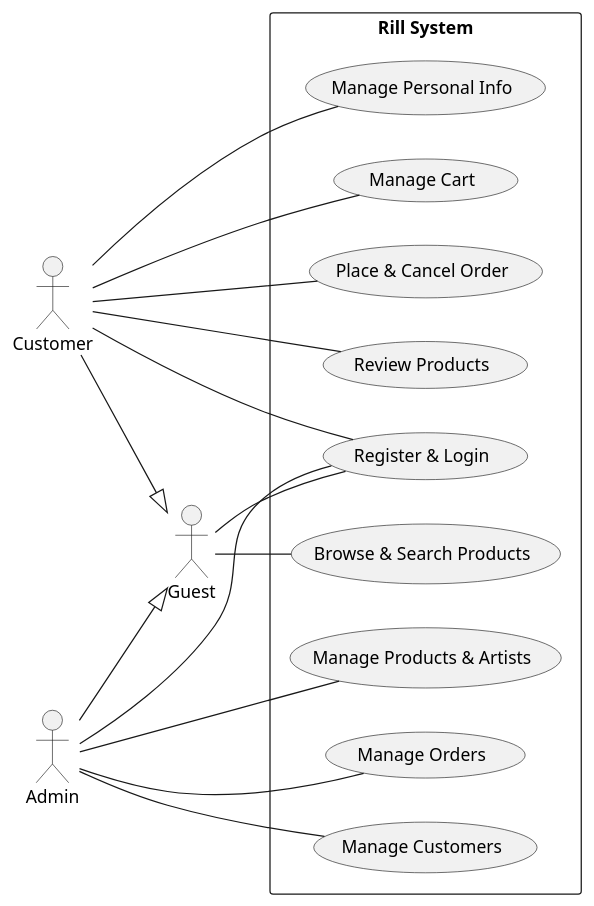
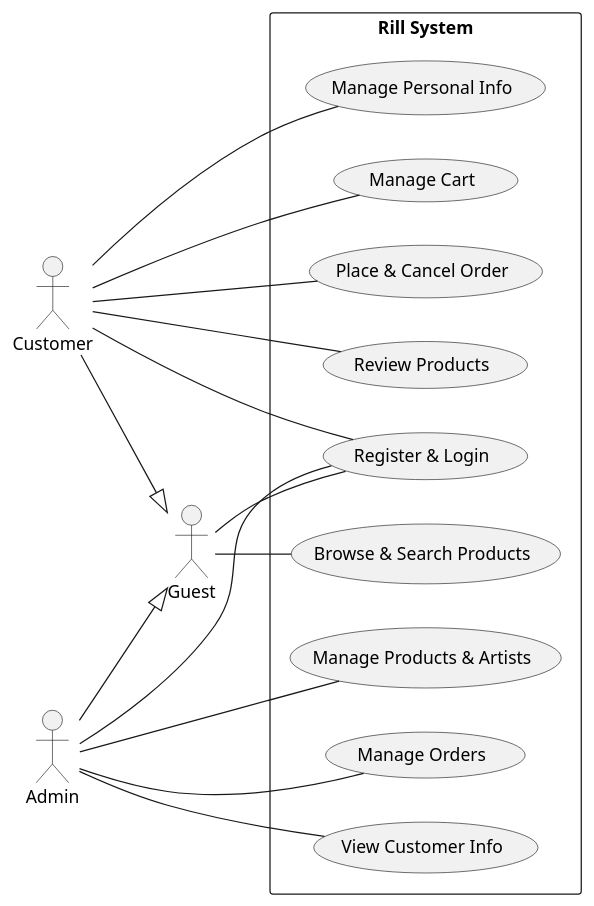
Before and after one commit to mttk2004/rill-system: the diagram in use-case/uc-0.puml, drawn with PlantUML. The commit also changed 9 other files, not shown here.

Commit message:
refactor: refine all diagrams

```diff
--- a/use-case/uc-0.puml
+++ b/use-case/uc-0.puml
@@ -1,41 +1,41 @@
 @startuml
 left to right direction
 
 actor Guest
 actor Customer
 actor Admin
 
 rectangle "Rill System" {
   usecase "Register & Login" as UC_Auth
   usecase "Manage Personal Info" as UC_Profile
   usecase "Browse & Search Products" as UC_Browse
   usecase "Manage Cart" as UC_Cart
   usecase "Place & Cancel Order" as UC_Order
   usecase "Review Products" as UC_Review
   usecase "Manage Products & Artists" as UC_Admin_Product
   usecase "Manage Orders" as UC_Admin_Order
-  usecase "Manage Customers" as UC_Admin_Customer
+  usecase "View Customer Info" as UC_Admin_Customer
 }
 
 ' Actor Relationships
 Customer --|> Guest
 Admin --|> Guest
 
 ' Guest Use Cases
 Guest -- UC_Auth
 Guest -- UC_Browse
 
 ' Customer Use Cases
 Customer -- UC_Auth
 Customer -- UC_Profile
 Customer -- UC_Cart
 Customer -- UC_Order
 Customer -- UC_Review
 
 ' Admin Use Cases
 Admin -- UC_Auth
 Admin -- UC_Admin_Product
 Admin -- UC_Admin_Order
 Admin -- UC_Admin_Customer
 
 @enduml
```
